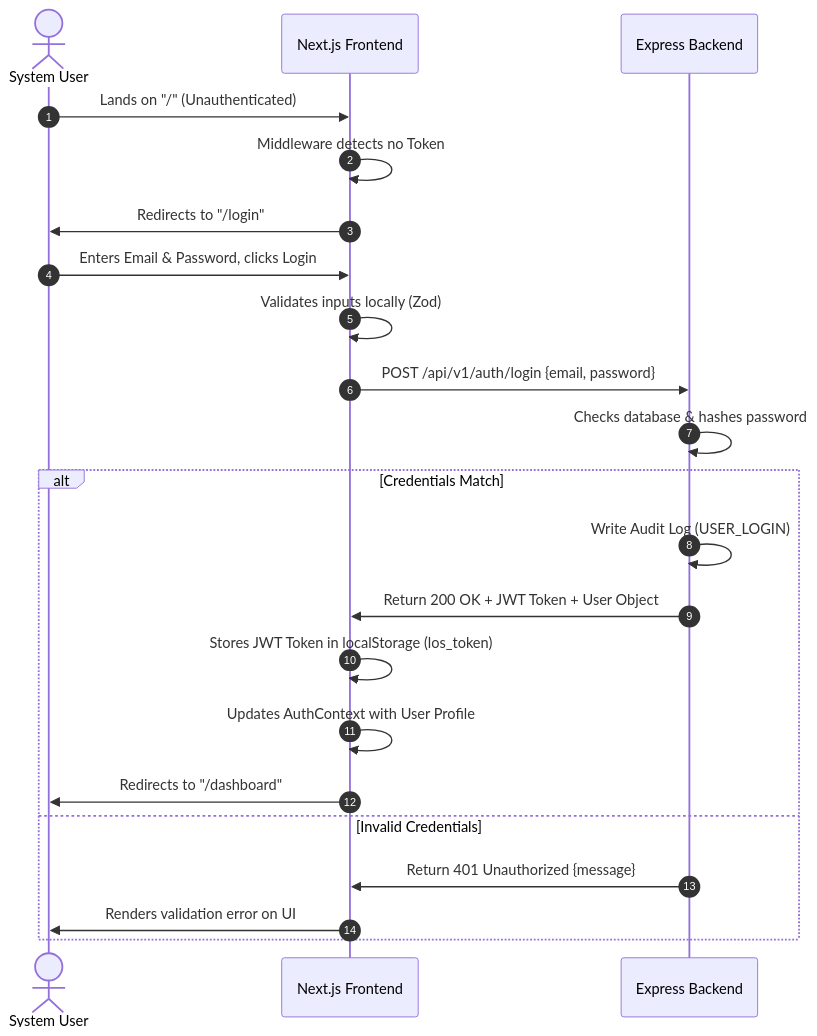
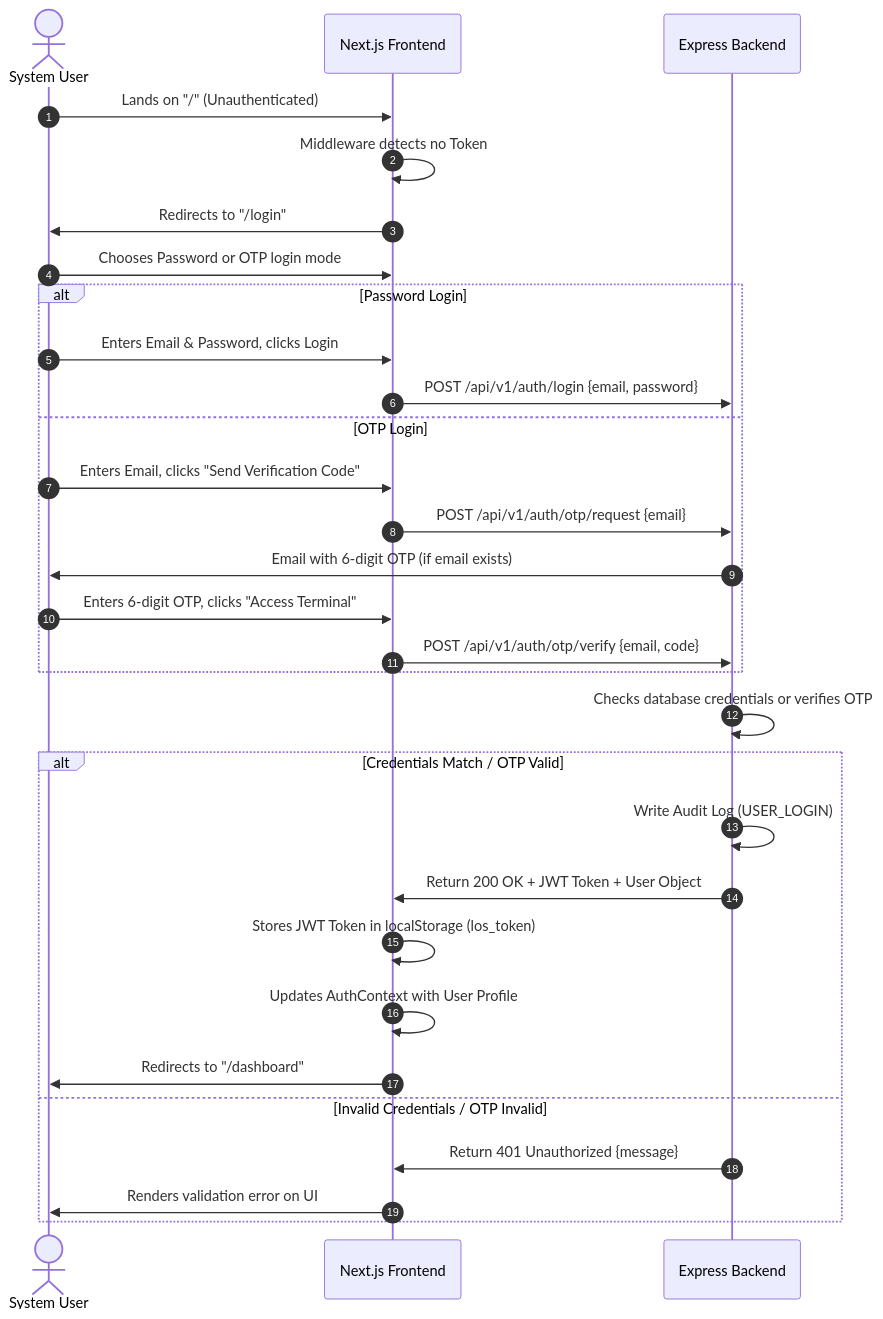
One commit to Fahadasfaque/LOS-Project changed the first of 3 diagrams in docs/USER_FLOW.md. Above: the diagram before and after it, drawn with Mermaid. The commit also changed 28 other files, not shown here.

````diff
--- a/docs/USER_FLOW.md
+++ b/docs/USER_FLOW.md
@@ -10,25 +10,33 @@
 ```mermaid
 sequenceDiagram
   autonumber
   actor User as System User
   participant FE as Next.js Frontend
   participant BE as Express Backend
   
   User->>FE: Lands on "/" (Unauthenticated)
   FE->>FE: Middleware detects no Token
   FE->>User: Redirects to "/login"
-  User->>FE: Enters Email & Password, clicks Login
-  FE->>FE: Validates inputs locally (Zod)
-  FE->>BE: POST /api/v1/auth/login {email, password}
-  BE->>BE: Checks database & hashes password
-  alt Credentials Match
+  User->>FE: Chooses Password or OTP login mode
+  alt Password Login
+    User->>FE: Enters Email & Password, clicks Login
+    FE->>BE: POST /api/v1/auth/login {email, password}
+  else OTP Login
+    User->>FE: Enters Email, clicks "Send Verification Code"
+    FE->>BE: POST /api/v1/auth/otp/request {email}
+    BE->>User: Email with 6-digit OTP (if email exists)
+    User->>FE: Enters 6-digit OTP, clicks "Access Terminal"
+    FE->>BE: POST /api/v1/auth/otp/verify {email, code}
+  end
+  BE->>BE: Checks database credentials or verifies OTP
+  alt Credentials Match / OTP Valid
     BE->>BE: Write Audit Log (USER_LOGIN)
     BE->>FE: Return 200 OK + JWT Token + User Object
     FE->>FE: Stores JWT Token in localStorage (los_token)
     FE->>FE: Updates AuthContext with User Profile
     FE->>User: Redirects to "/dashboard"
-  else Invalid Credentials
+  else Invalid Credentials / OTP Invalid
     BE->>FE: Return 401 Unauthorized {message}
     FE->>User: Renders validation error on UI
   end
 ```
````
